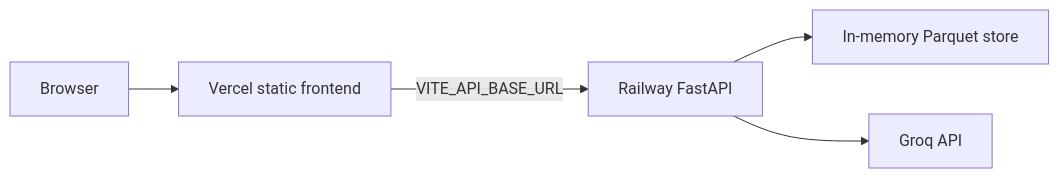
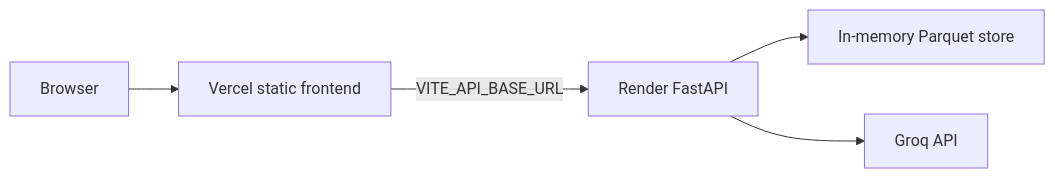
The diagram in docs/deployment-plan.md (deokumaramaartya/AI-Powered-Restaurant-Recommendation-System), drawn with Mermaid before and after one commit. The commit also changed other lines of this file and 4 other files, not shown here.

First line of the commit message:
Point the deploy runbook at Render while Railway signups are paused.

````diff
--- a/docs/deployment-plan.md
+++ b/docs/deployment-plan.md
@@ -13,7 +15,7 @@
 ```mermaid
 flowchart LR
     User[Browser] --> Vercel[Vercel static frontend]
-    Vercel -->|"VITE_API_BASE_URL"| Railway[Railway FastAPI]
-    Railway --> Memory[In-memory Parquet store]
-    Railway --> Groq[Groq API]
+    Vercel -->|"VITE_API_BASE_URL"| Render[Render FastAPI]
+    Render --> Memory[In-memory Parquet store]
+    Render --> Groq[Groq API]
 ```
````
